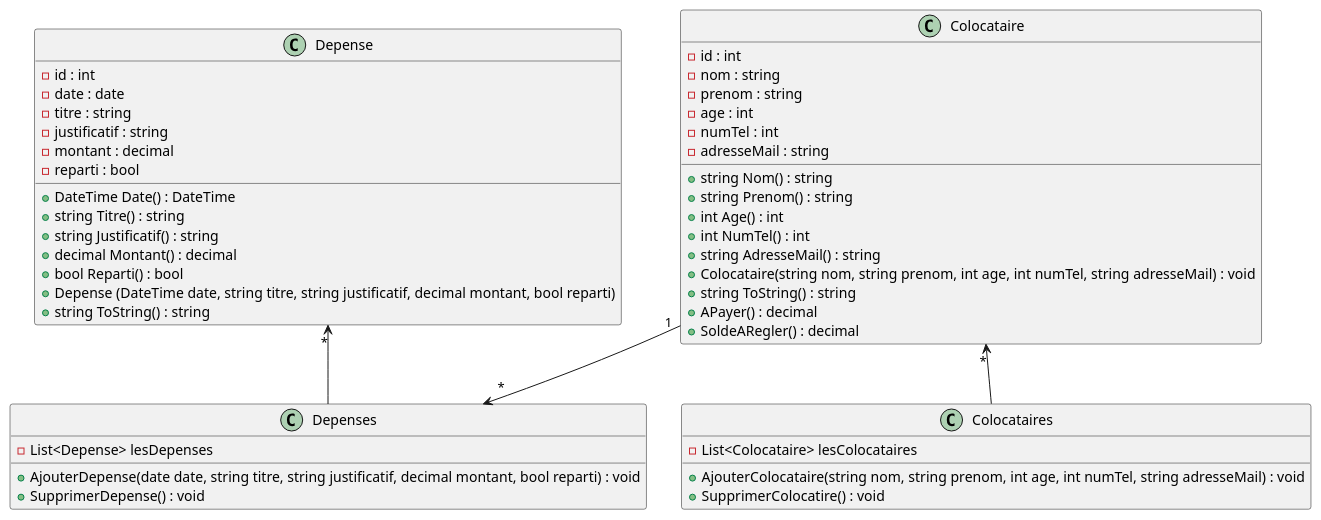
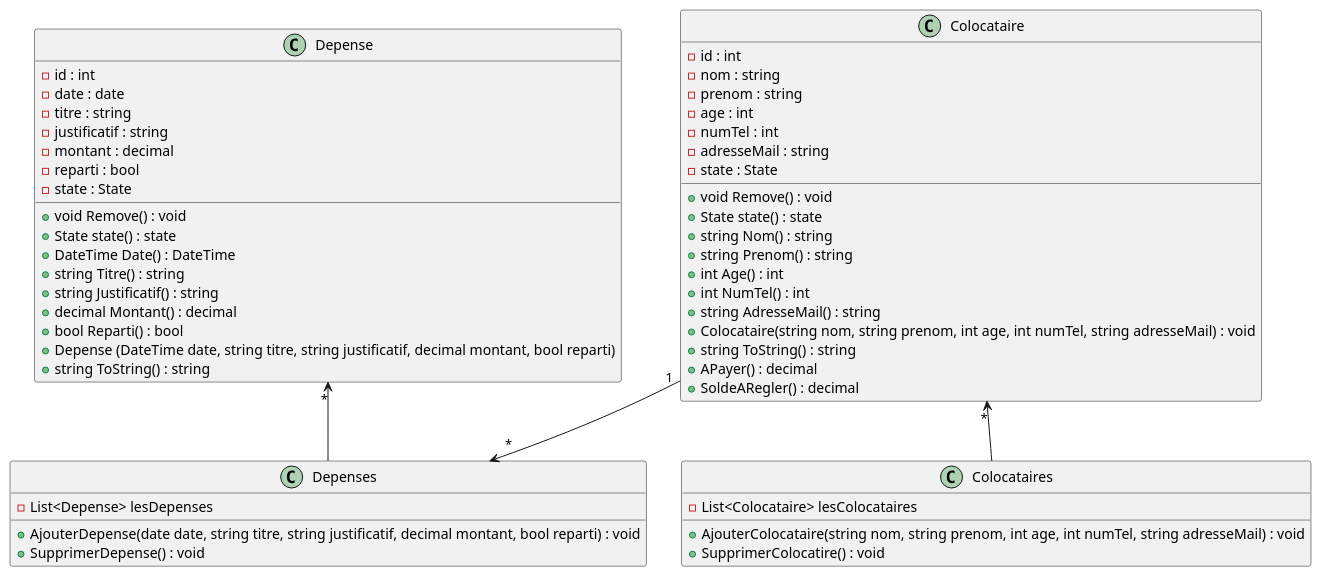
Before and after one commit to MihutaMihail/application_crous: the sixth of 6 diagrams in README.md, drawn with PlantUML. The commit also changed 13 other files, not shown here.

````diff
--- a/README.md
+++ b/README.md
@@ -222,55 +222,61 @@
 ```plantuml
 @startuml model1
 scale 1
 
 class Depense {
     - id : int
     - date : date
     - titre : string
     - justificatif : string
     - montant : decimal
     - reparti : bool
+    - state : State
+    + void Remove() : void
+    + State state() : state
     + DateTime Date() : DateTime
     + string Titre() : string
     + string Justificatif() : string
     + decimal Montant() : decimal
     + bool Reparti() : bool
     + Depense (DateTime date, string titre, string justificatif, decimal montant, bool reparti)
     + string ToString() : string
 
 }
 class Depenses {
     - List<Depense> lesDepenses
     + AjouterDepense(date date, string titre, string justificatif, decimal montant, bool reparti) : void
     + SupprimerDepense() : void
 }
 
 class Colocataire {
     - id : int
     - nom : string
     - prenom : string
     - age : int
     - numTel : int
     - adresseMail : string
+    - state : State
+    + void Remove() : void
+    + State state() : state
     + string Nom() : string
     + string Prenom() : string
     + int Age() : int
     + int NumTel() : int
     + string AdresseMail() : string
     + Colocataire(string nom, string prenom, int age, int numTel, string adresseMail) : void
     + string ToString() : string
     + APayer() : decimal
     + SoldeARegler() : decimal
 }
 class Colocataires {
     - List<Colocataire> lesColocataires
     + AjouterColocataire(string nom, string prenom, int age, int numTel, string adresseMail) : void
     + SupprimerColocatire() : void
 }
 
 Colocataire "1" --> "*" Depenses
 Colocataire "*" <-- Colocataires
 Depense "*" <-- Depenses
 
 @enduml
 ```
````
